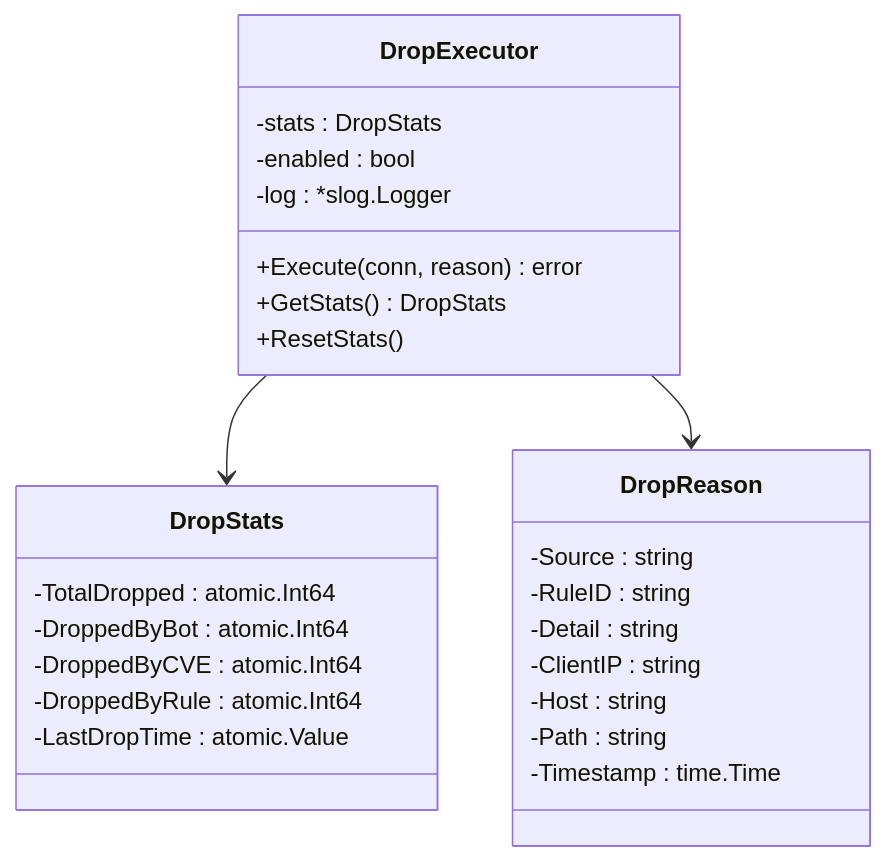
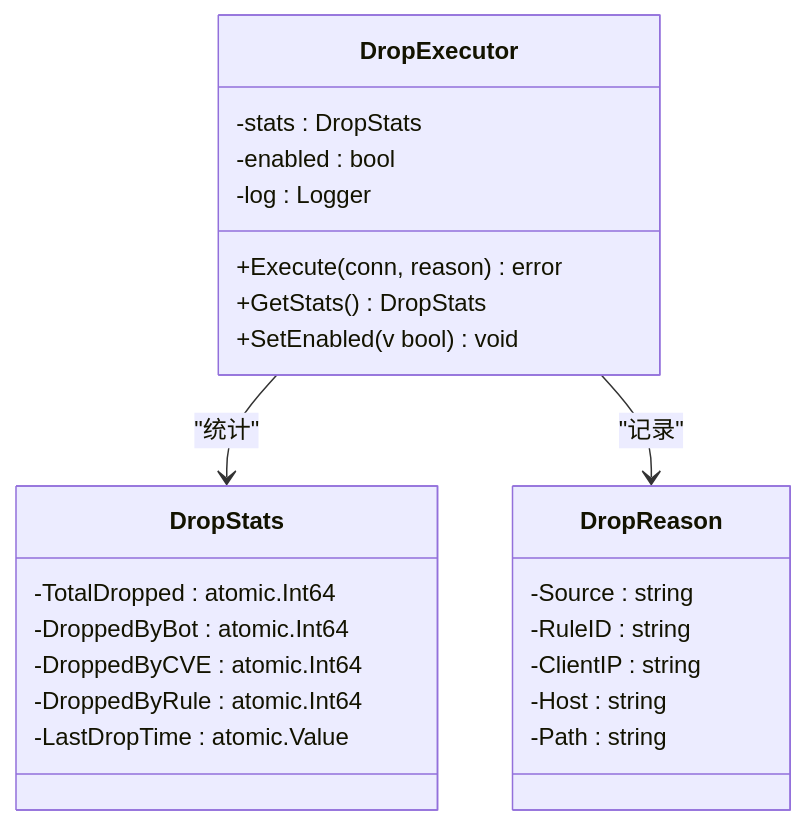
The seventh of 12 diagrams in docs/WAF 引擎系统/WAF 引擎系统.md (x01n/My-OpenWaf), drawn with Mermaid before and after one commit. The commit also changed other lines of this file and 199 other files, not shown here.

````diff
--- a/docs/WAF 引擎系统/WAF 引擎系统.md
+++ b/docs/WAF 引擎系统/WAF 引擎系统.md
@@ -468,29 +408,27 @@
 ```mermaid
 classDiagram
 class DropExecutor {
 -stats : DropStats
 -enabled : bool
--log : *slog.Logger
+-log : Logger
 +Execute(conn, reason) error
 +GetStats() DropStats
-+ResetStats()
++SetEnabled(v bool) void
 }
 class DropStats {
 -TotalDropped : atomic.Int64
 -DroppedByBot : atomic.Int64
 -DroppedByCVE : atomic.Int64
 -DroppedByRule : atomic.Int64
 -LastDropTime : atomic.Value
 }
 class DropReason {
 -Source : string
 -RuleID : string
--Detail : string
 -ClientIP : string
 -Host : string
 -Path : string
--Timestamp : time.Time
 }
-DropExecutor --> DropStats
-DropExecutor --> DropReason
+DropExecutor --> DropStats : "统计"
+DropExecutor --> DropReason : "记录"
 ```
````
